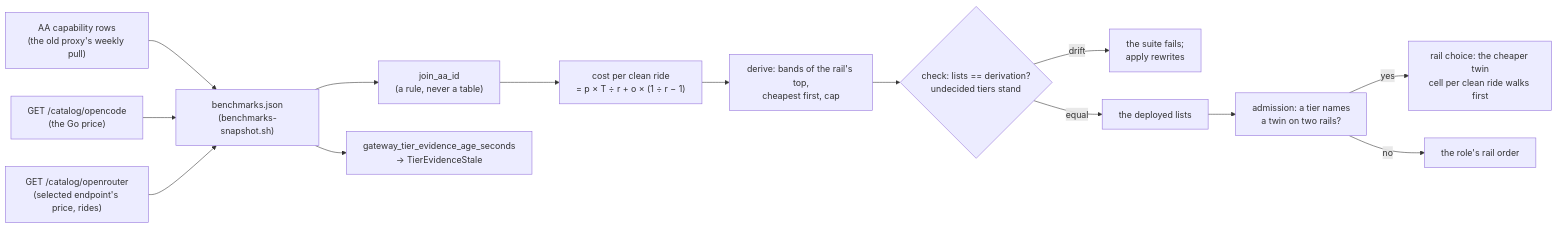
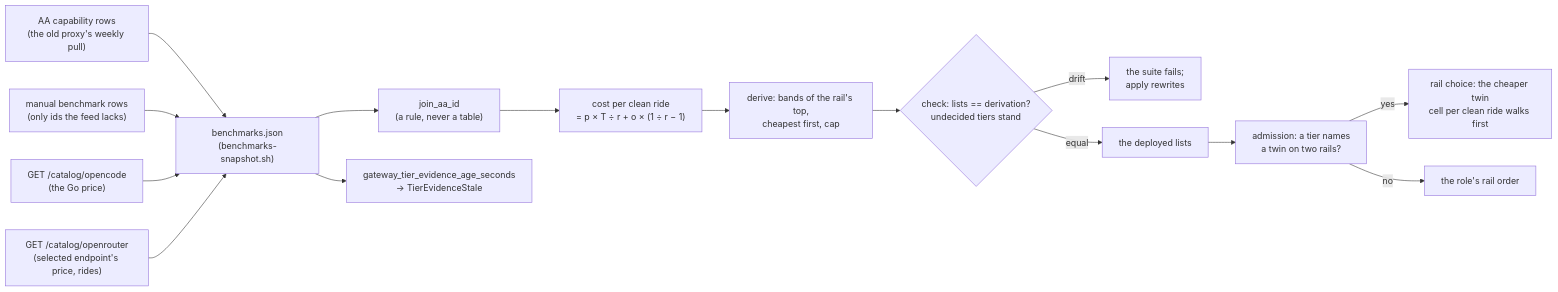
Before and after one commit to teststuffstash/homelab: the fourth of 4 diagrams in gateway/specs/endpoints/catalog.md, drawn with Mermaid. The commit also changed other lines of this file and 8 other files, not shown here.

First line of the commit message:
gateway: manual benchmark rows for a model the feed lacks (GW-MODEL-TIERS)

````diff
--- a/gateway/specs/endpoints/catalog.md
+++ b/gateway/specs/endpoints/catalog.md
@@ -984,30 +984,32 @@
 ```mermaid
 flowchart LR
   AA["AA capability rows\n(the old proxy's weekly pull)"] --> BJ["benchmarks.json\n(benchmarks-snapshot.sh)"]
+  MB["manual benchmark rows\n(only ids the feed lacks)"] --> BJ
   GV["GET /catalog/opencode\n(the Go price)"] --> BJ
   OV["GET /catalog/openrouter\n(selected endpoint's price, rides)"] --> BJ
   BJ --> J["join_aa_id\n(a rule, never a table)"]
   J --> C["cost per clean ride\n= p × T ÷ r + o × (1 ÷ r − 1)"]
   C --> D["derive: bands of the rail's top,\ncheapest first, cap"]
   D --> K{"check: lists == derivation?\nundecided tiers stand"}
   K -->|drift| F["the suite fails;\napply rewrites"]
   K -->|equal| L["the deployed lists"]
   BJ --> AGE["gateway_tier_evidence_age_seconds\n→ TierEvidenceStale"]
   L --> AD["admission: a tier names\na twin on two rails?"]
   AD -->|yes| RC["rail choice: the cheaper twin\ncell per clean ride walks first"]
   AD -->|no| RO["the role's rail order"]
   click AA href "#the-rulings" "The rulings" _self
+  click MB href "#manual-benchmark-rows" "Manual benchmark rows" _self
   click GV href "#the-go-price" "The Go price" _self
   click OV href "#the-rulings" "The rulings — the candidates per rail" _self
   click BJ href "#the-snapshots-shape" "The snapshot's shape" _self
   click J href "#the-id-join-go-ids" "The id join" _self
   click C href "#cost-per-clean-ride" "Cost per clean ride" _self
   click D href "#the-bands-on-a-hand-written-rail" "The bands, on a hand-written rail" _self
   click K href "#the-deployed-policy" "The deployed policy" _self
   click F href "#empty-and-undecided-tiers" "Empty and undecided tiers" _self
   click L href "#the-deployed-policy" "The deployed policy" _self
   click AGE href "#the-evidence-age" "The evidence age" _self
   click AD href "#the-twin-rule" "The twin rule" _self
   click RC href "#the-rail-choice" "The rail choice" _self
   click RO href "#the-rail-choice" "The rail choice — no twin" _self
 ```
````
